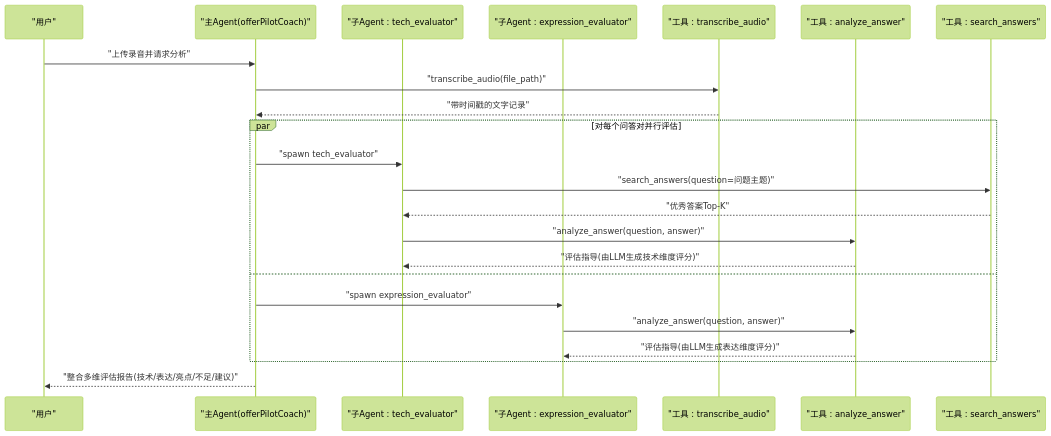
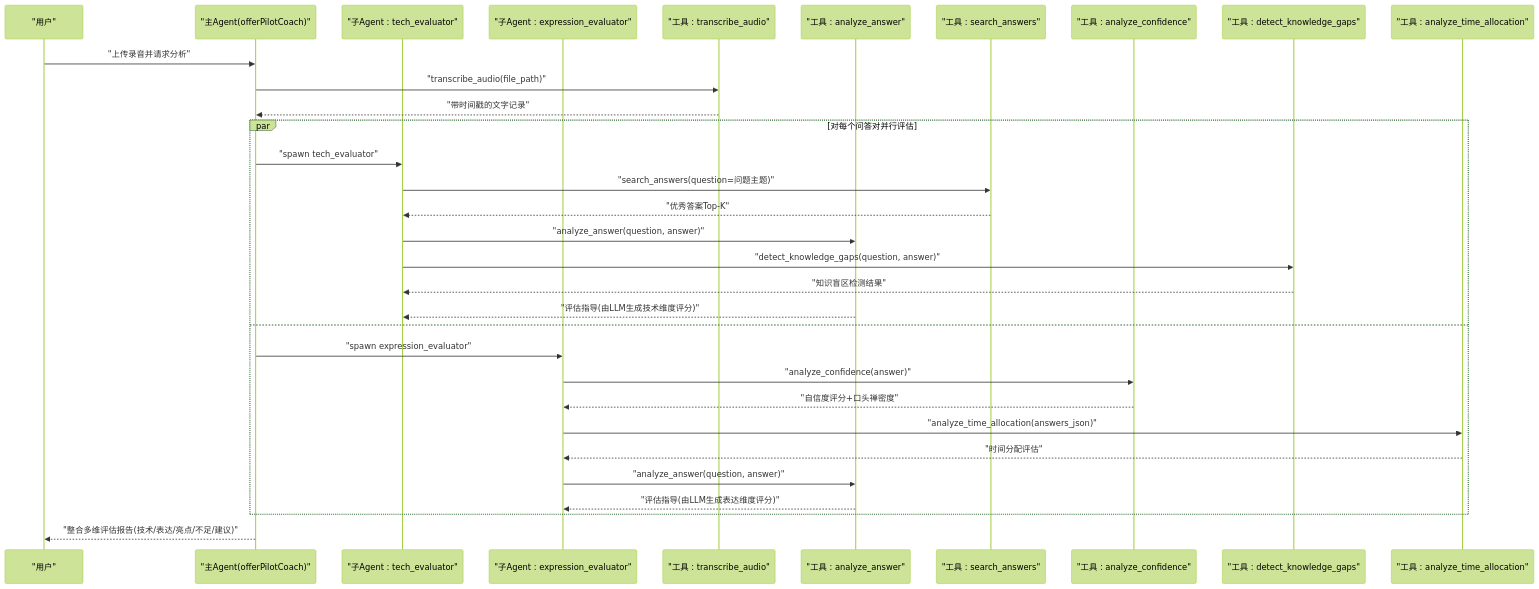
Before and after one commit to Miss-zhi/OfferPilot: the third of 6 diagrams in .qoder/repowiki/zh/content/六大核心求职环节 Agent 交互时序.md, drawn with Mermaid (forest theme). The commit also changed other lines of this file and 206 other files, not shown here.

````diff
--- a/.qoder/repowiki/zh/content/六大核心求职环节 Agent 交互时序.md
+++ b/.qoder/repowiki/zh/content/六大核心求职环节 Agent 交互时序.md
@@ -121,25 +152,34 @@
 ```mermaid
 sequenceDiagram
 participant U as "用户"
 participant C as "主Agent(offerPilotCoach)"
 participant TE as "子Agent : tech_evaluator"
 participant EE as "子Agent : expression_evaluator"
 participant TR as "工具 : transcribe_audio"
 participant QA as "工具 : analyze_answer"
 participant AS as "工具 : search_answers"
+participant CC as "工具 : analyze_confidence"
+participant KG as "工具 : detect_knowledge_gaps"
+participant TA as "工具 : analyze_time_allocation"
 U->>C : "上传录音并请求分析"
 C->>TR : "transcribe_audio(file_path)"
 TR-->>C : "带时间戳的文字记录"
 par 对每个问答对并行评估
 C->>TE : "spawn tech_evaluator"
 TE->>AS : "search_answers(question=问题主题)"
 AS-->>TE : "优秀答案Top-K"
 TE->>QA : "analyze_answer(question, answer)"
+TE->>KG : "detect_knowledge_gaps(question, answer)"
+KG-->>TE : "知识盲区检测结果"
 QA-->>TE : "评估指导(由LLM生成技术维度评分)"
 and
 C->>EE : "spawn expression_evaluator"
+EE->>CC : "analyze_confidence(answer)"
+CC-->>EE : "自信度评分+口头禅密度"
+EE->>TA : "analyze_time_allocation(answers_json)"
+TA-->>EE : "时间分配评估"
 EE->>QA : "analyze_answer(question, answer)"
 QA-->>EE : "评估指导(由LLM生成表达维度评分)"
 end
 C-->>U : "整合多维评估报告(技术/表达/亮点/不足/建议)"
 ```
````
